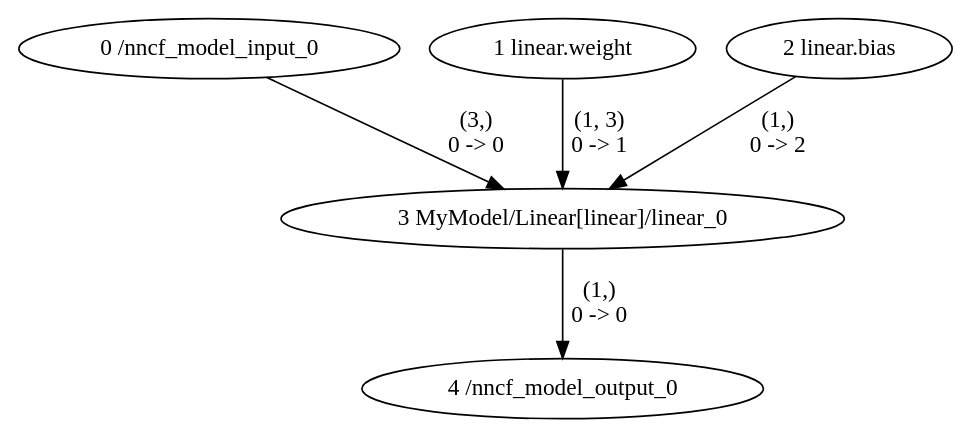
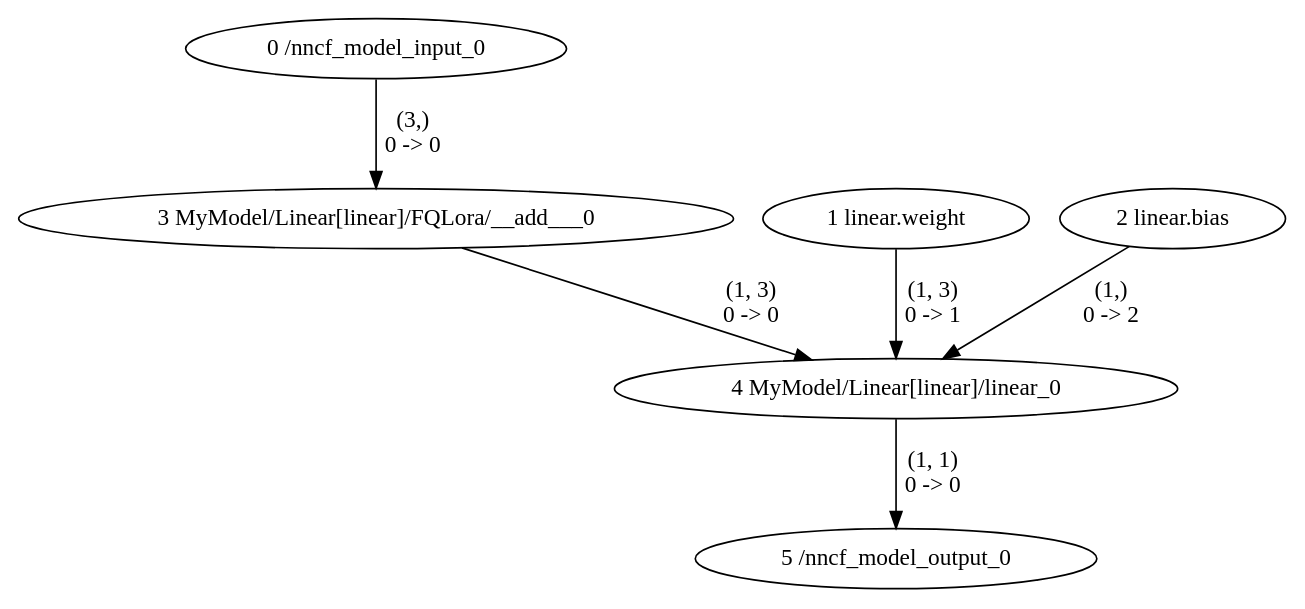
One commit to ljaljushkin/nncf_pytorch changed the diagram in fq_model.dot. Above: the diagram before and after it, drawn with Graphviz. The commit also changed 2 other files, not shown here.

```diff
--- a/fq_model.dot
+++ b/fq_model.dot
@@ -1,11 +1,13 @@
 strict digraph  {
 "0 /nncf_model_input_0";
 "1 linear.weight";
 "2 linear.bias";
-"3 MyModel/Linear[linear]/linear_0";
-"4 /nncf_model_output_0";
-"0 /nncf_model_input_0" -> "3 MyModel/Linear[linear]/linear_0"  [label="(3,) \n0 -> 0", style=solid];
-"1 linear.weight" -> "3 MyModel/Linear[linear]/linear_0"  [label="(1, 3) \n0 -> 1", style=solid];
-"2 linear.bias" -> "3 MyModel/Linear[linear]/linear_0"  [label="(1,) \n0 -> 2", style=solid];
-"3 MyModel/Linear[linear]/linear_0" -> "4 /nncf_model_output_0"  [label="(1,) \n0 -> 0", style=solid];
+"3 MyModel/Linear[linear]/FQLora/__add___0";
+"4 MyModel/Linear[linear]/linear_0";
+"5 /nncf_model_output_0";
+"0 /nncf_model_input_0" -> "3 MyModel/Linear[linear]/FQLora/__add___0"  [label="(3,) \n0 -> 0", style=solid];
+"1 linear.weight" -> "4 MyModel/Linear[linear]/linear_0"  [label="(1, 3) \n0 -> 1", style=solid];
+"2 linear.bias" -> "4 MyModel/Linear[linear]/linear_0"  [label="(1,) \n0 -> 2", style=solid];
+"3 MyModel/Linear[linear]/FQLora/__add___0" -> "4 MyModel/Linear[linear]/linear_0"  [label="(1, 3) \n0 -> 0", style=solid];
+"4 MyModel/Linear[linear]/linear_0" -> "5 /nncf_model_output_0"  [label="(1, 1) \n0 -> 0", style=solid];
 }
```
